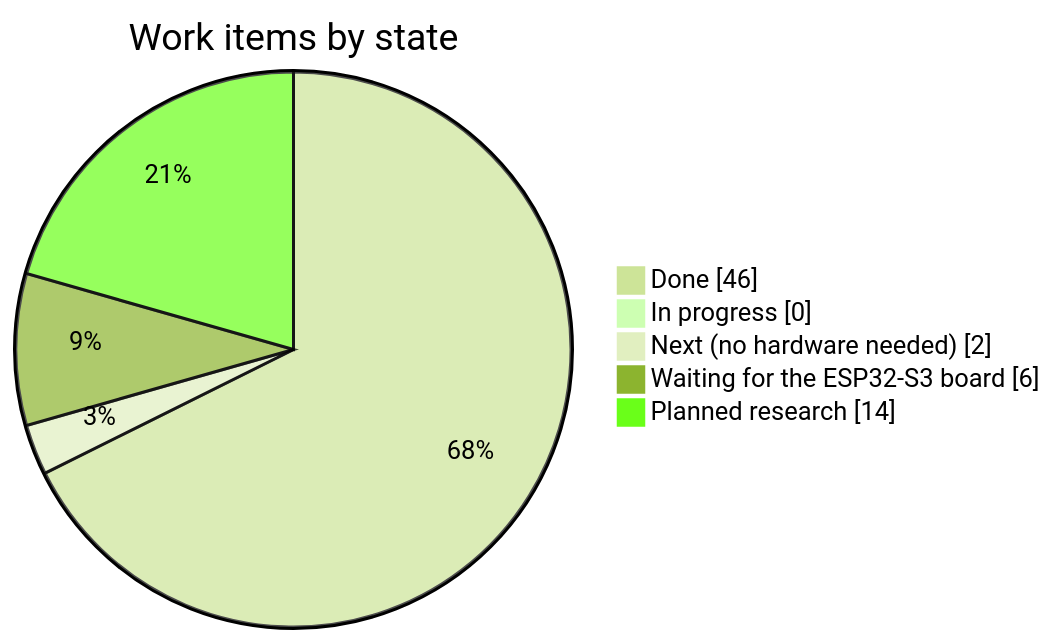
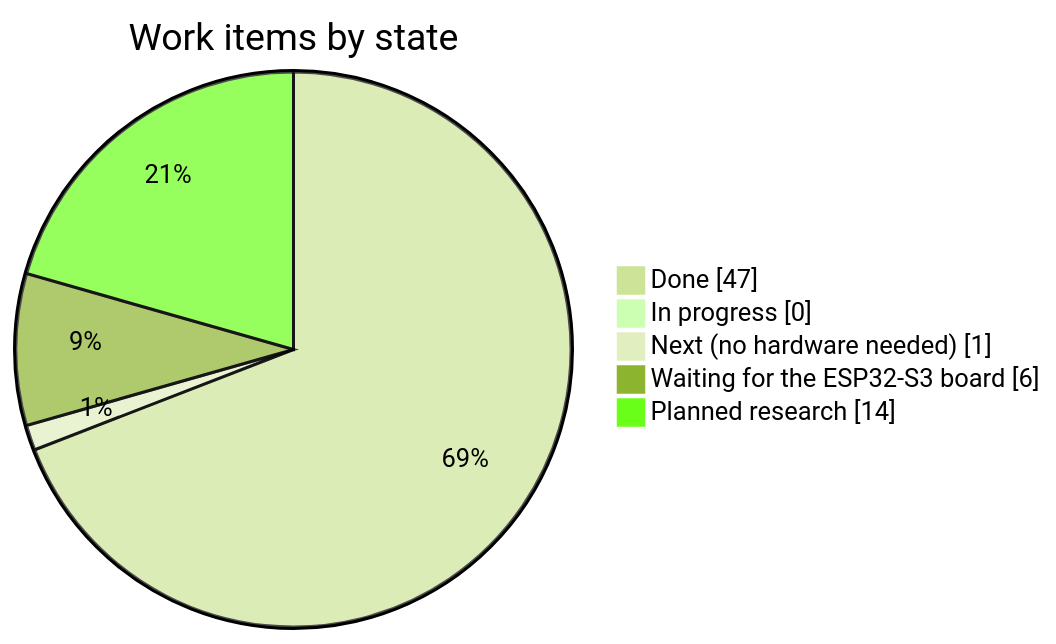
Before and after one commit to marcelpetrick/ESP32-Tiny-LLM: the first of 3 diagrams in plan.md, drawn with Mermaid (forest theme). The commit also changed other lines of this file and 12 other files, not shown here.

````diff
--- a/plan.md
+++ b/plan.md
@@ -14,9 +14,9 @@
 ```mermaid
 pie showData
     title Work items by state
-    "Done" : 46
+    "Done" : 47
     "In progress" : 0
-    "Next (no hardware needed)" : 2
+    "Next (no hardware needed)" : 1
     "Waiting for the ESP32-S3 board" : 6
     "Planned research" : 14
 ```
````
